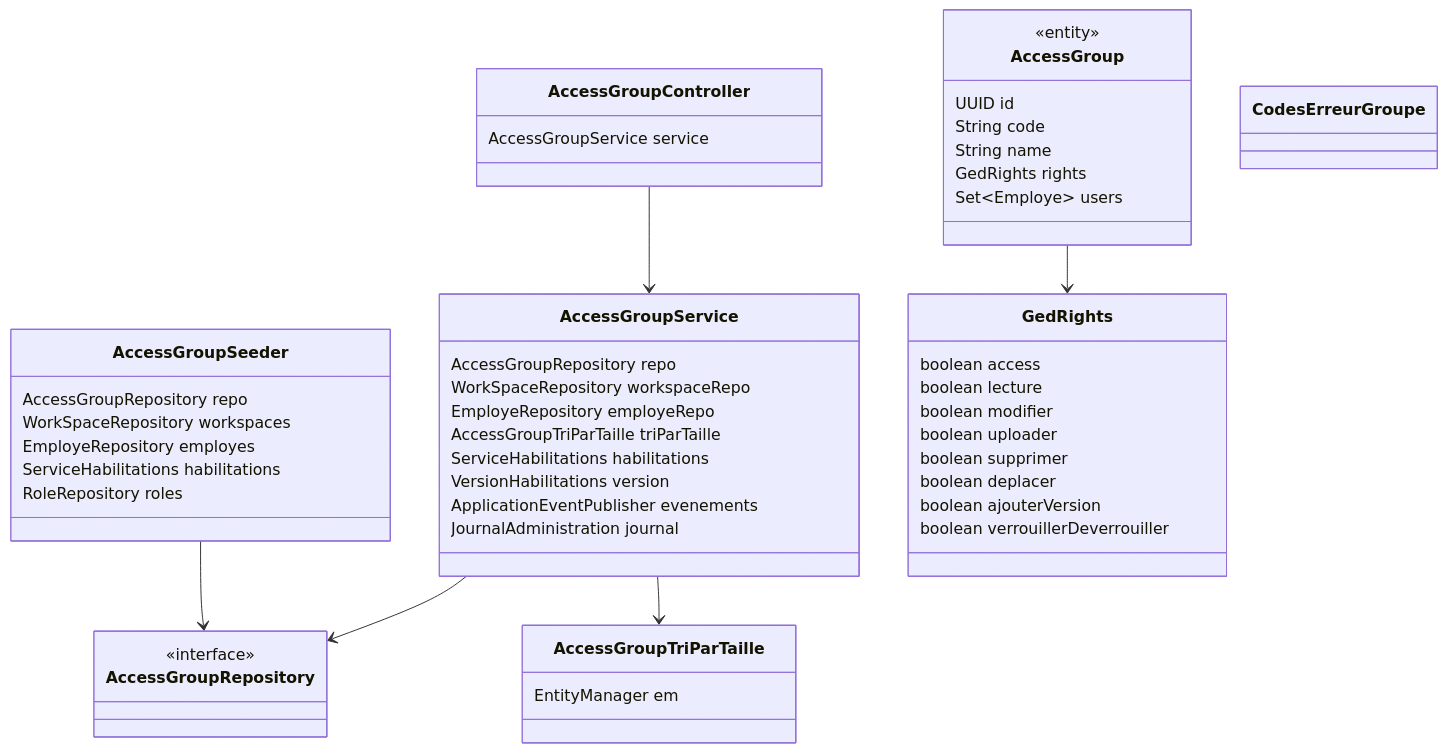
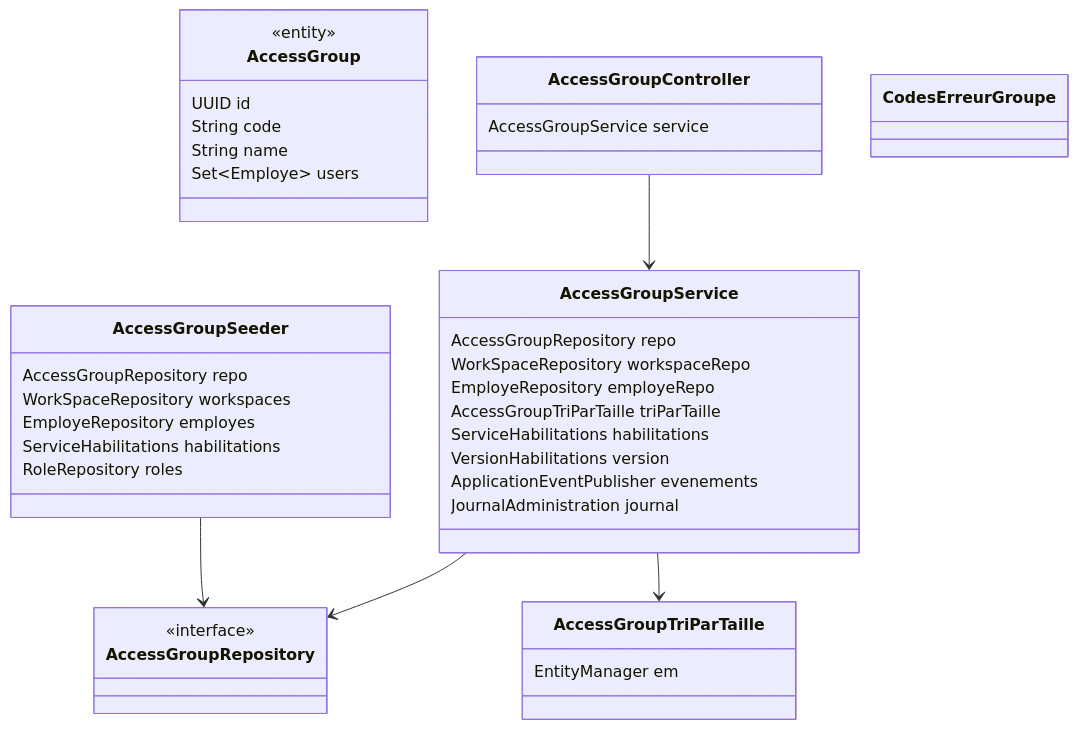
Before and after one commit to abddou2000/GED: the fourth of 23 diagrams in docs/modelisation/CLASSES.md, drawn with Mermaid. The commit also changed 21 other files, not shown here.

````diff
--- a/docs/modelisation/CLASSES.md
+++ b/docs/modelisation/CLASSES.md
@@ -505,54 +505,42 @@
 ```mermaid
 classDiagram
   class AccessGroup {
     <<entity>>
     UUID id
     String code
     String name
-    GedRights rights
     Set~Employe~ users
   }
   class AccessGroupController {
     AccessGroupService service
   }
   class AccessGroupRepository {
     <<interface>>
   }
   class AccessGroupSeeder {
     AccessGroupRepository repo
     WorkSpaceRepository workspaces
     EmployeRepository employes
     ServiceHabilitations habilitations
     RoleRepository roles
   }
   class AccessGroupService {
     AccessGroupRepository repo
     WorkSpaceRepository workspaceRepo
     EmployeRepository employeRepo
     AccessGroupTriParTaille triParTaille
     ServiceHabilitations habilitations
     VersionHabilitations version
     ApplicationEventPublisher evenements
     JournalAdministration journal
   }
   class AccessGroupTriParTaille {
     EntityManager em
   }
   class CodesErreurGroupe {
   }
-  class GedRights {
-    boolean access
-    boolean lecture
-    boolean modifier
-    boolean uploader
-    boolean supprimer
-    boolean deplacer
-    boolean ajouterVersion
-    boolean verrouillerDeverrouiller
-  }
-  AccessGroup --> GedRights
   AccessGroupController --> AccessGroupService
   AccessGroupSeeder --> AccessGroupRepository
   AccessGroupService --> AccessGroupRepository
   AccessGroupService --> AccessGroupTriParTaille
 ```
````
